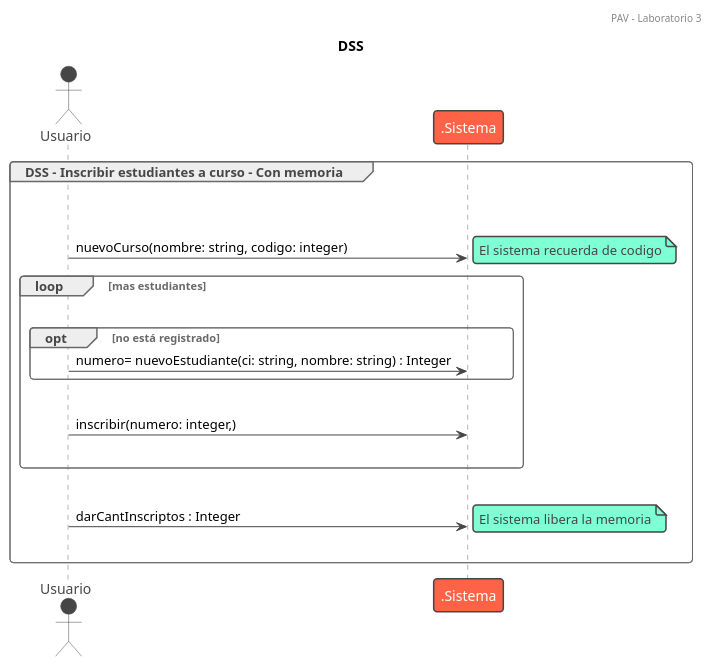
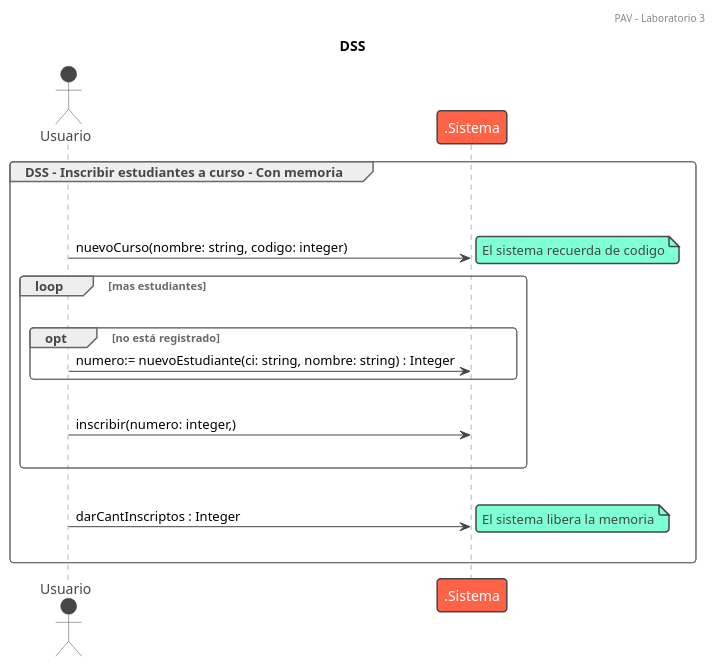
The diagram in Practico/ej1p2.plantuml (sigmaxevious/PlantUML-Laboratorio3), drawn with PlantUML before and after one commit. The commit also changed 4 other files, not shown here.

Commit message:
Refactor PlantUML diagrams for use cases: eliminar lector, registrar material, consultar préstamos, and puntuar material; update titles, add themes, and enhance actor interactions.

```diff
--- a/Practico/ej1p2.plantuml
+++ b/Practico/ej1p2.plantuml
@@ -1,30 +1,30 @@
 @startuml Bedelia_ConMemoria
 !theme vibrant
 header PAV - Laboratorio 3
 
 title DSS 
 
 group DSS - Inscribir estudiantes a curso - Con memoria
 |||
 actor Usuario
 |||
 
 Usuario -> .Sistema : nuevoCurso(nombre: string, codigo: integer)
 note right: El sistema recuerda de codigo
 loop mas estudiantes
     |||
     opt no está registrado
-        Usuario -> .Sistema : numero= nuevoEstudiante(ci: string, nombre: string) : Integer
+        Usuario -> .Sistema : numero:= nuevoEstudiante(ci: string, nombre: string) : Integer
     end
     |||
     Usuario -> .Sistema : inscribir(numero: integer,)
     |||
 end
 
 |||
 Usuario -> .Sistema : darCantInscriptos : Integer
 note right: El sistema libera la memoria
 |||
 
 end
 @enduml
```
